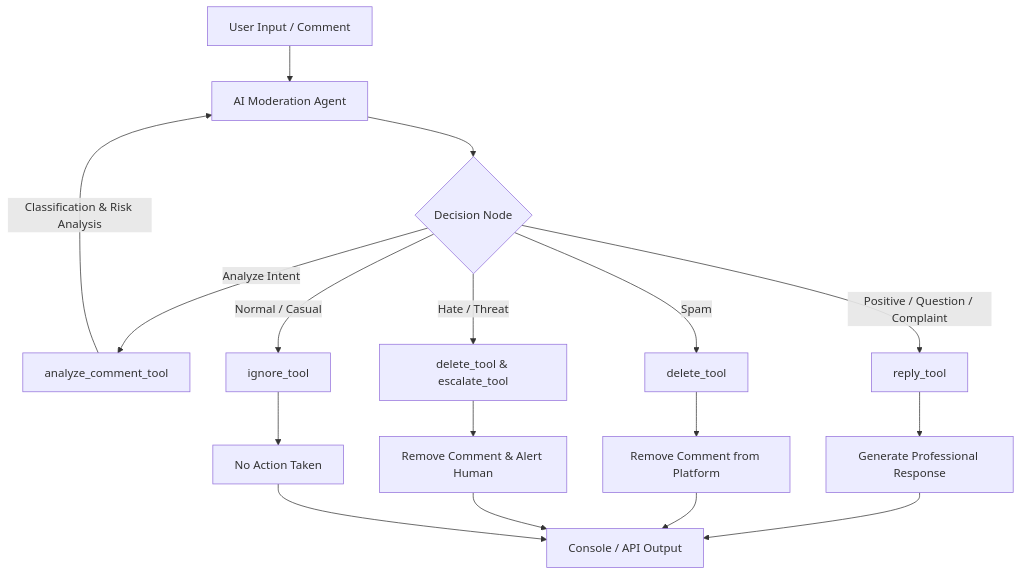
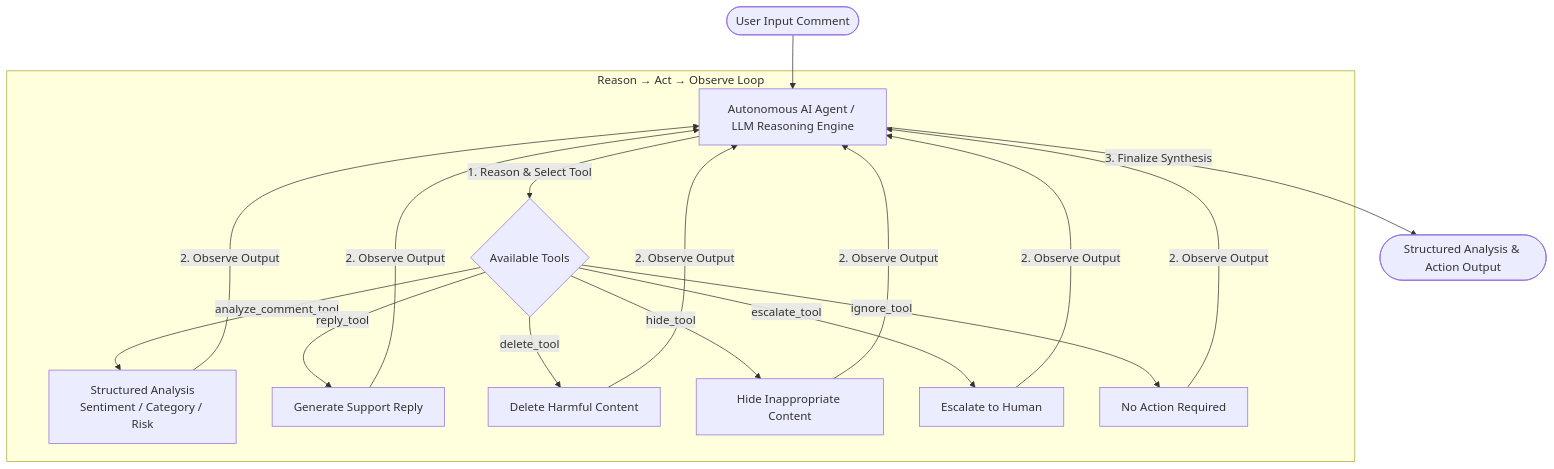
Before and after one commit to umerfarooq111/Smart-SocialMedia-Agent: the diagram in README.md, drawn with Mermaid. The commit also changed other lines of this file and 8 other files, not shown here.

````diff
--- a/README.md
+++ b/README.md
@@ -69,19 +65,24 @@
 ```mermaid
 graph TD
-    A[User Input / Comment] --> B[AI Moderation Agent]
-    B --> C{Decision Node}
-    C -->|Analyze Intent| D[analyze_comment_tool]
-    D -->|Classification & Risk Analysis| B
+    User([User Input Comment]) --> Agent[Autonomous AI Agent / LLM Reasoning Engine]
     
-    C -->|Positive / Question / Complaint| E[reply_tool]
-    C -->|Spam| F[delete_tool]
-    C -->|Hate / Threat| G[delete_tool & escalate_tool]
-    C -->|Normal / Casual| H[ignore_tool]
+    subgraph ReAct Loop [Reason → Act → Observe Loop]
+        Agent -->|1. Reason & Select Tool| Tools{Available Tools}
+        
+        Tools -->|analyze_comment_tool| NLU[Structured Analysis\nSentiment / Category / Risk]
+        Tools -->|reply_tool| Support[Generate Support Reply]
+        Tools -->|delete_tool| Delete[Delete Harmful Content]
+        Tools -->|hide_tool| Hide[Hide Inappropriate Content]
+        Tools -->|escalate_tool| Escalate[Escalate to Human]
+        Tools -->|ignore_tool| Ignore[No Action Required]
+        
+        NLU -->|2. Observe Output| Agent
+        Support -->|2. Observe Output| Agent
+        Delete -->|2. Observe Output| Agent
+        Hide -->|2. Observe Output| Agent
+        Escalate -->|2. Observe Output| Agent
+        Ignore -->|2. Observe Output| Agent
+    end
     
-    E --> I[Generate Professional Response]
-    F --> J[Remove Comment from Platform]
-    G --> K[Remove Comment & Alert Human]
-    H --> L[No Action Taken]
-    
-    I & J & K & L --> M[Console / API Output]
+    Agent -->|3. Finalize Synthesis| Output([Structured Analysis & Action Output])
 ```
````
